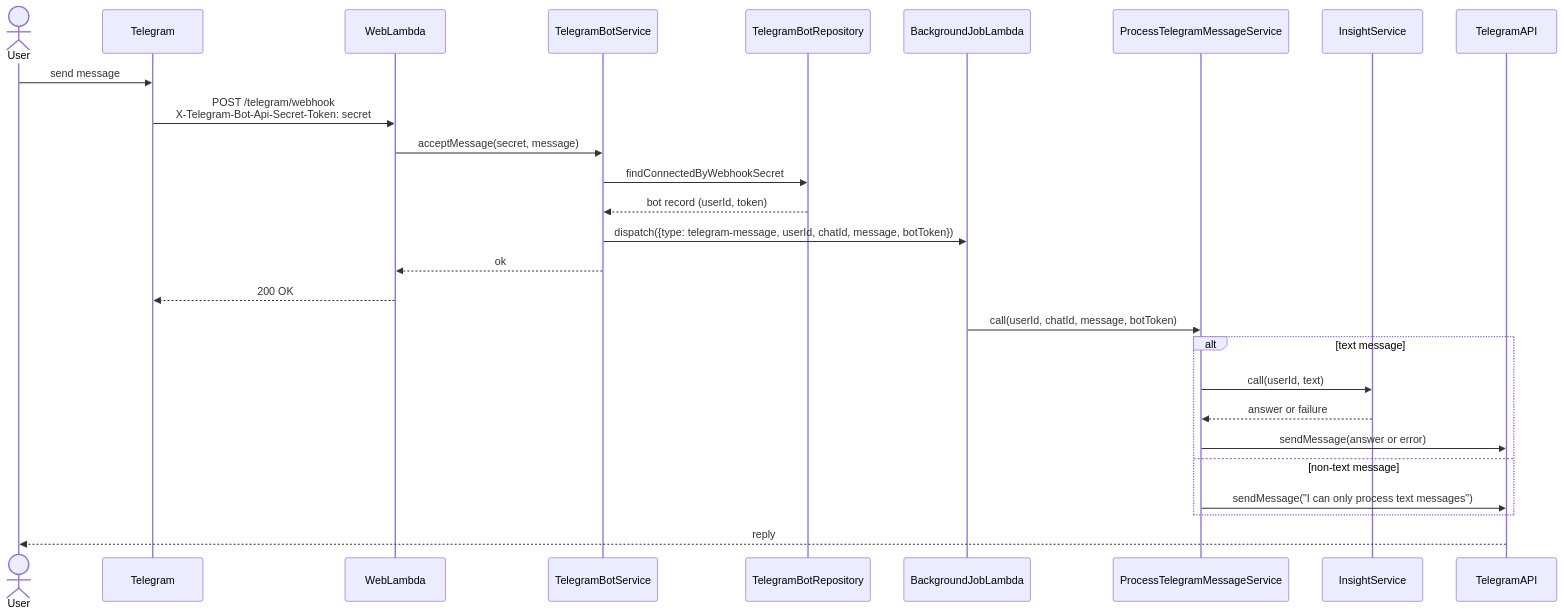
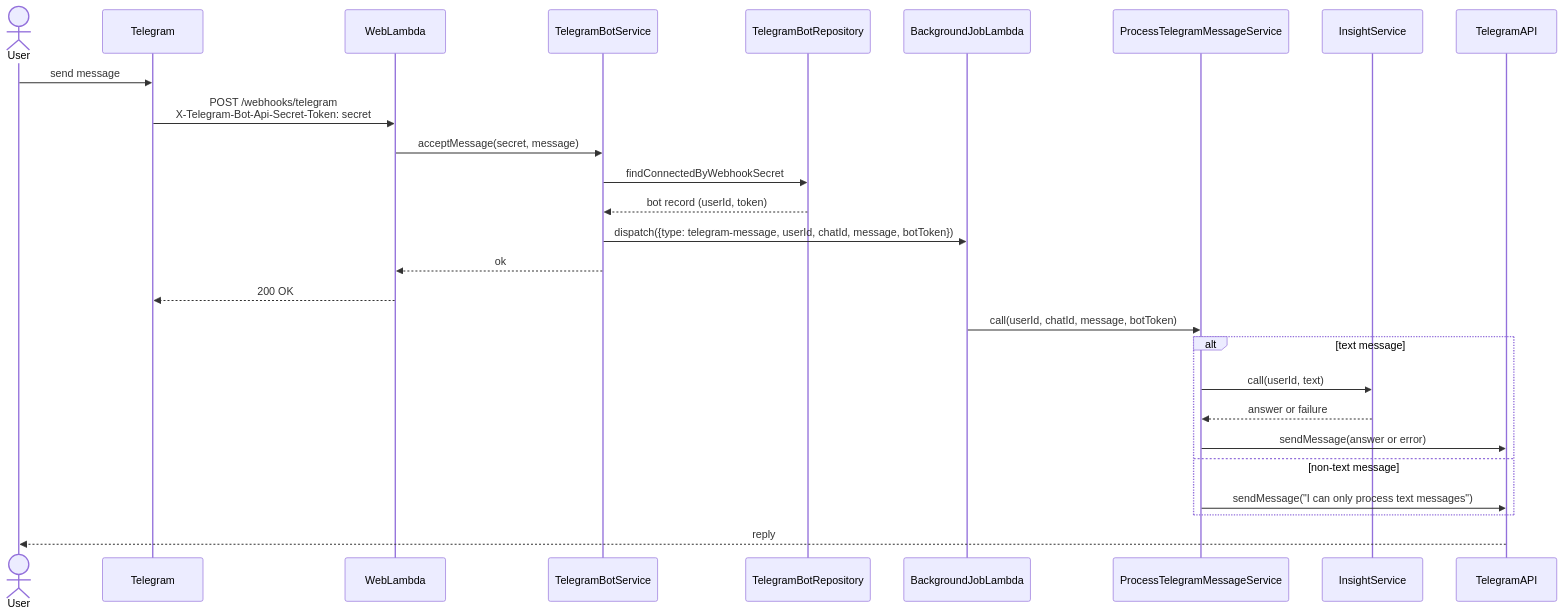
One commit to alexei-lexx/budget changed the third of 3 diagrams in docs/telegram-bot-integration.md. Above: the diagram before and after it, drawn with Mermaid. The commit also changed other lines of this file and 5 other files, not shown here.

````diff
--- a/docs/telegram-bot-integration.md
+++ b/docs/telegram-bot-integration.md
@@ -126,30 +126,30 @@
 ```mermaid
 sequenceDiagram
     actor User
     participant Telegram
     participant WebLambda
     participant TelegramBotService
     participant TelegramBotRepository
     participant BackgroundJobLambda
     participant ProcessTelegramMessageService
     participant InsightService
     participant TelegramAPI
 
     User->>Telegram: send message
-    Telegram->>WebLambda: POST /telegram/webhook<br/>X-Telegram-Bot-Api-Secret-Token: secret
+    Telegram->>WebLambda: POST /webhooks/telegram<br/>X-Telegram-Bot-Api-Secret-Token: secret
     WebLambda->>TelegramBotService: acceptMessage(secret, message)
     TelegramBotService->>TelegramBotRepository: findConnectedByWebhookSecret
     TelegramBotRepository-->>TelegramBotService: bot record (userId, token)
     TelegramBotService->>BackgroundJobLambda: dispatch({type: telegram-message, userId, chatId, message, botToken})
     TelegramBotService-->>WebLambda: ok
     WebLambda-->>Telegram: 200 OK
     BackgroundJobLambda->>ProcessTelegramMessageService: call(userId, chatId, message, botToken)
     alt text message
         ProcessTelegramMessageService->>InsightService: call(userId, text)
         InsightService-->>ProcessTelegramMessageService: answer or failure
         ProcessTelegramMessageService->>TelegramAPI: sendMessage(answer or error)
     else non-text message
         ProcessTelegramMessageService->>TelegramAPI: sendMessage("I can only process text messages")
     end
     TelegramAPI-->>User: reply
 ```
````
